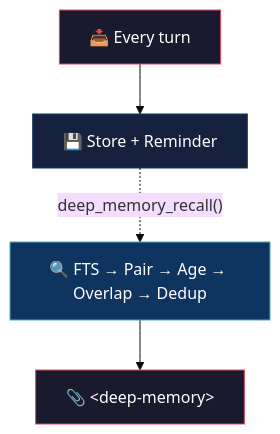
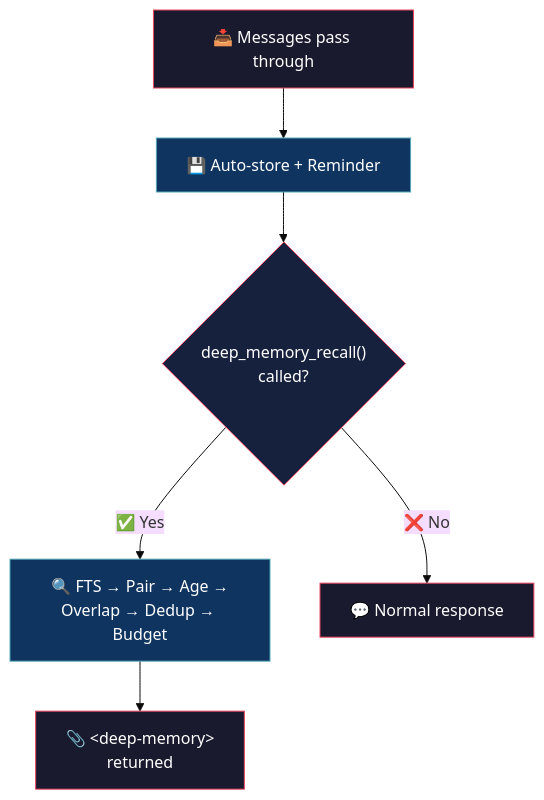
The diagram in README.md (alejo54dev/opencode-deep-memory), drawn with Mermaid (base theme) before and after one commit.

Commit message:
README: auto-handoff style flowchart (TD, diamonds, ✅/❌)

````diff
--- a/README.md
+++ b/README.md
@@ -21,11 +21,15 @@
 ```mermaid
 flowchart TD
-    A["📥 Every turn"] --> B["💾 Store + Reminder"]
-    C["🔍 FTS → Pair → Age → Overlap → Dedup"] --> D["📎 &lt;deep-memory&gt;"]
-    B -.->|"deep_memory_recall()"| C
+    A["📥 Messages pass through"] --> B["💾 Auto-store + Reminder"]
+    B --> C{"deep_memory_recall()<br/>called?"}
+    C -->|"✅ Yes"| D["🔍 FTS → Pair → Age →<br/>Overlap → Dedup → Budget"]
+    D --> E["📎 &lt;deep-memory&gt;<br/>returned"]
+    C -->|"❌ No"| F["💬 Normal response"]
 
     style A fill:#1a1a2e,stroke:#e94560,color:#fff
-    style B fill:#16213e,stroke:#0f3460,color:#fff
-    style C fill:#0f3460,stroke:#53a8b6,color:#fff
-    style D fill:#1a1a2e,stroke:#e94560,color:#fff
+    style B fill:#0f3460,stroke:#53a8b6,color:#fff
+    style C fill:#16213e,stroke:#e94560,color:#fff
+    style D fill:#0f3460,stroke:#53a8b6,color:#fff
+    style E fill:#1a1a2e,stroke:#e94560,color:#fff
+    style F fill:#1a1a2e,stroke:#e94560,color:#fff
 ```
````
